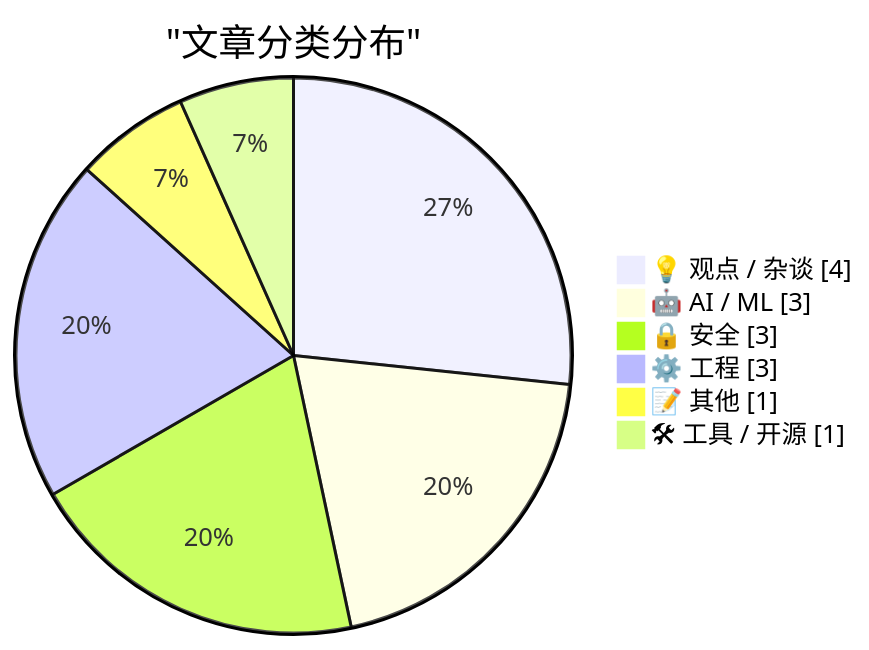
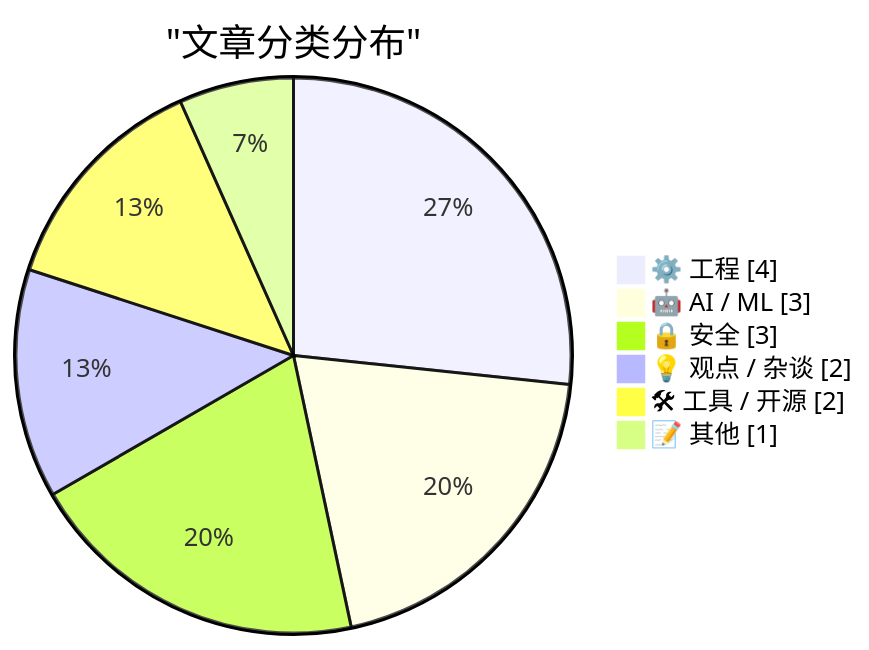
The first of 2 diagrams in docs/digest-20260502.md (AllenX-Li/ai-daily-digest), drawn with Mermaid before and after one commit. The commit also changed other lines of this file and 2 other files, not shown here.

````diff
--- a/docs/digest-20260502.md
+++ b/docs/digest-20260502.md
@@ -53,10 +53,10 @@
 ```mermaid
 pie showData
     title "文章分类分布"
-    "💡 观点 / 杂谈" : 4
+    "⚙️ 工程" : 4
     "🤖 AI / ML" : 3
     "🔒 安全" : 3
-    "⚙️ 工程" : 3
+    "💡 观点 / 杂谈" : 2
+    "🛠 工具 / 开源" : 2
     "📝 其他" : 1
-    "🛠 工具 / 开源" : 1
 ```
````
